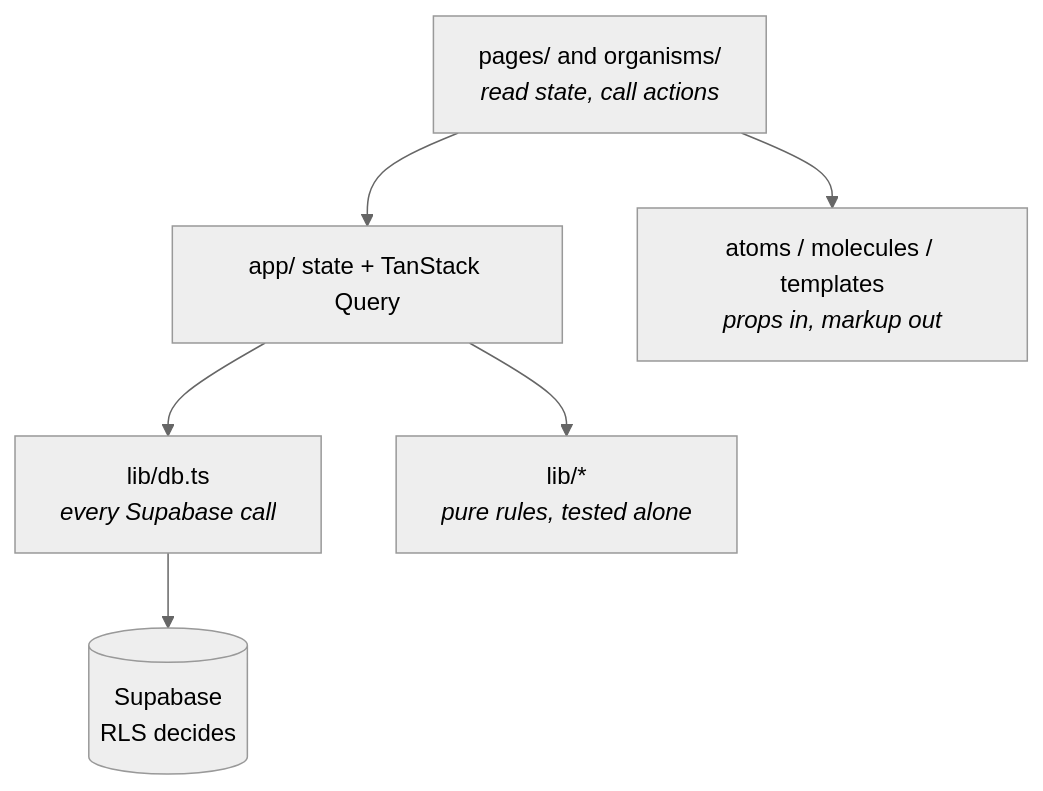
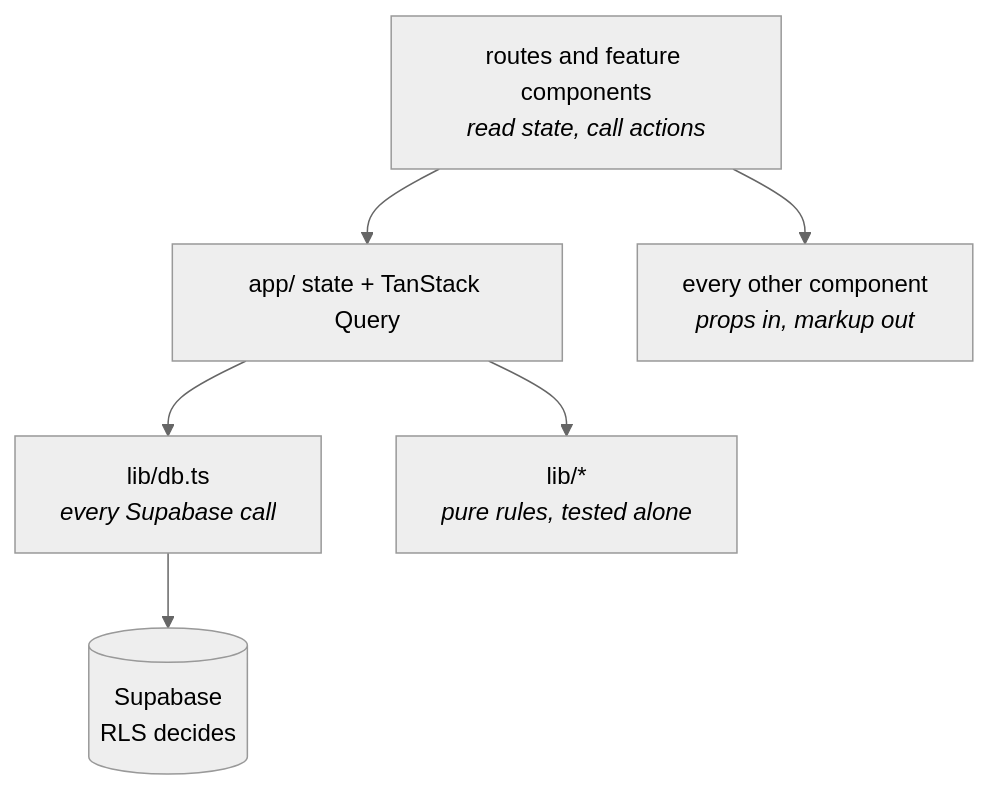
Before and after one commit to qiheme/handbook: the diagram in blueprints/web-app.md, drawn with Mermaid (neutral theme). The commit also changed other lines of this file and 7 other files, not shown here.

````diff
--- a/blueprints/web-app.md
+++ b/blueprints/web-app.md
@@ -68,8 +64,8 @@
 ```mermaid
 flowchart TB
-    page["pages/ and organisms/<br/><i>read state, call actions</i>"] --> state["app/ state + TanStack Query"]
+    page["routes and feature components<br/><i>read state, call actions</i>"] --> state["app/ state + TanStack Query"]
     state --> db["lib/db.ts<br/><i>every Supabase call</i>"]
     db --> supa[("Supabase<br/>RLS decides")]
-    page --> view["atoms / molecules / templates<br/><i>props in, markup out</i>"]
+    page --> view["every other component<br/><i>props in, markup out</i>"]
     state --> logic["lib/*<br/><i>pure rules, tested alone</i>"]
 ```
````
